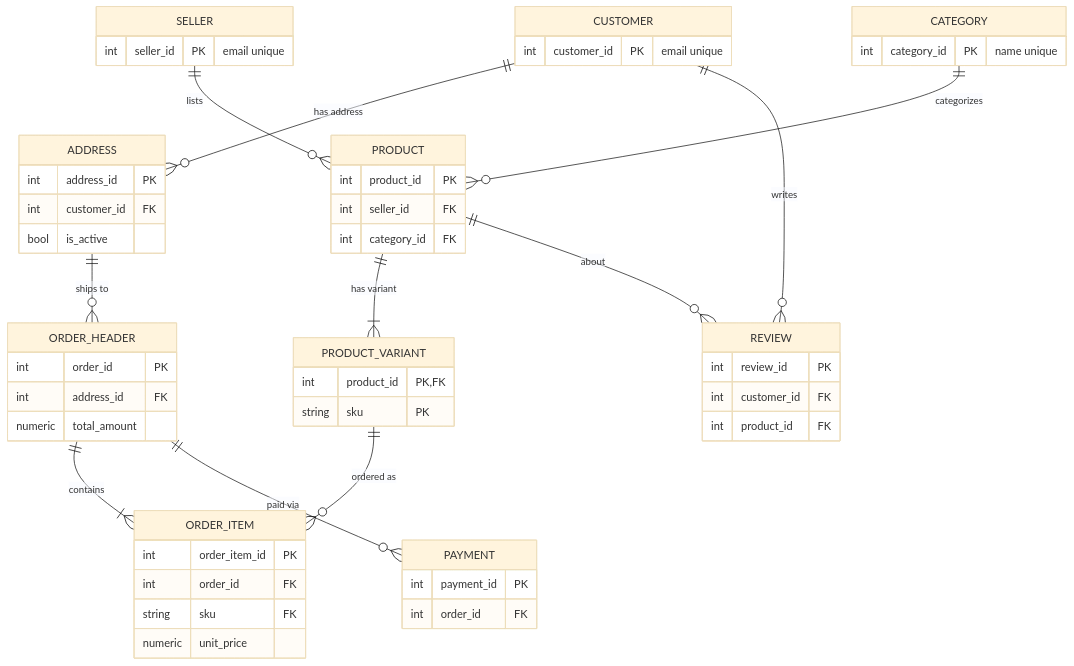
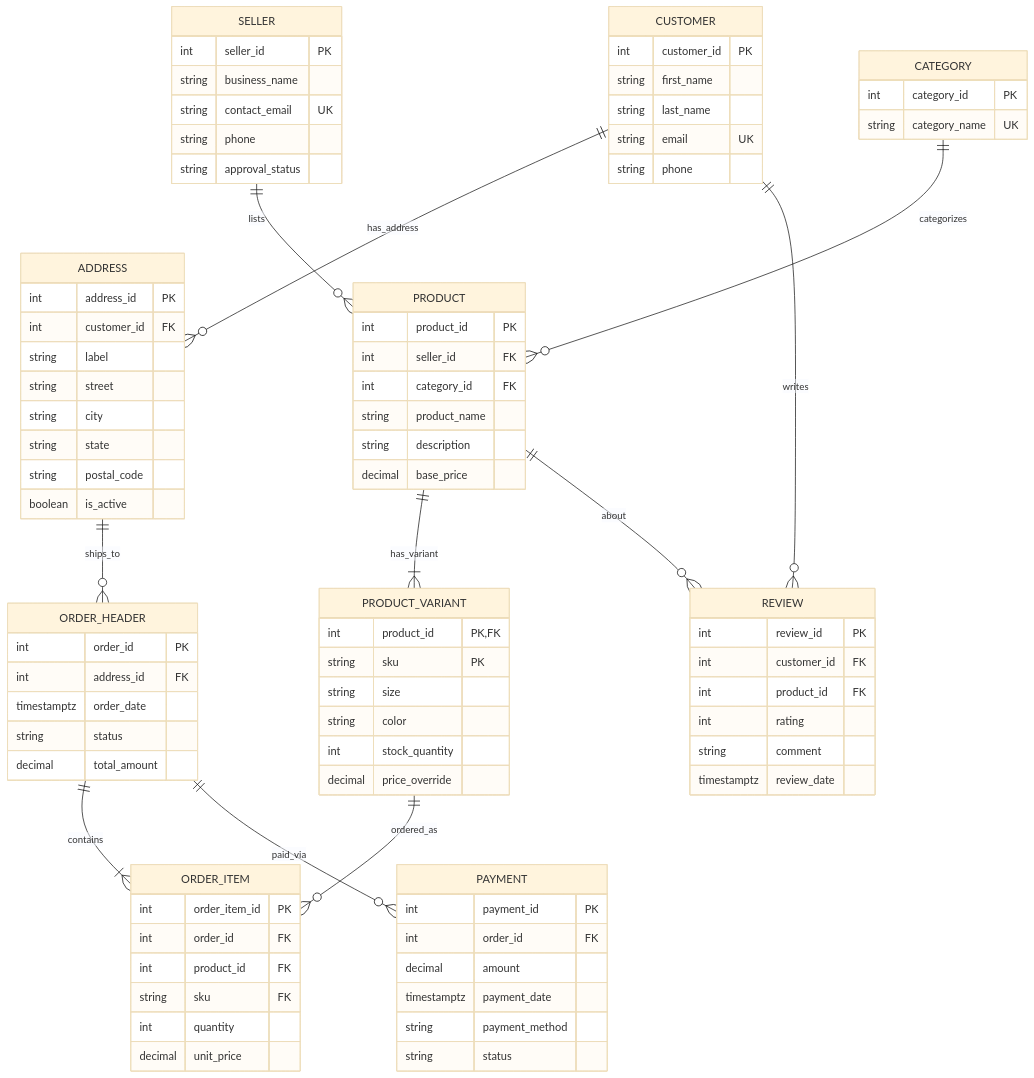
The diagram in README.md (iamwaqarjaved/cit406-marketplace-database), drawn with Mermaid (base theme) before and after one commit. The commit also changed other lines of this file and 1 other file, not shown here.

Commit message:
Add docs (ER diagram, Supabase screenshot), fix .gitignore name, update README

````diff
--- a/README.md
+++ b/README.md
@@ -55,37 +64,89 @@
 ```mermaid
 erDiagram
-    SELLER          ||--o{ PRODUCT         : lists
-    CATEGORY        ||--o{ PRODUCT         : categorizes
-    PRODUCT         ||--|{ PRODUCT_VARIANT : "has variant"
-    PRODUCT_VARIANT ||--o{ ORDER_ITEM      : "ordered as"
-    ORDER_HEADER    ||--|{ ORDER_ITEM      : contains
-    ORDER_HEADER    ||--o{ PAYMENT         : "paid via"
-    ADDRESS         ||--o{ ORDER_HEADER    : "ships to"
-    CUSTOMER        ||--o{ ADDRESS         : "has address"
-    CUSTOMER        ||--o{ REVIEW          : writes
-    PRODUCT         ||--o{ REVIEW          : about
+    SELLER ||--o{ PRODUCT : lists
+    CATEGORY ||--o{ PRODUCT : categorizes
+    PRODUCT ||--|{ PRODUCT_VARIANT : has_variant
+    PRODUCT_VARIANT ||--o{ ORDER_ITEM : ordered_as
+    ORDER_HEADER ||--|{ ORDER_ITEM : contains
+    ORDER_HEADER ||--o{ PAYMENT : paid_via
+    ADDRESS ||--o{ ORDER_HEADER : ships_to
+    CUSTOMER ||--o{ ADDRESS : has_address
+    CUSTOMER ||--o{ REVIEW : writes
+    PRODUCT ||--o{ REVIEW : about
 
-    CATEGORY        { int category_id PK "name unique" }
-    SELLER          { int seller_id PK "email unique" }
-    CUSTOMER        { int customer_id PK "email unique" }
-    ADDRESS         { int address_id PK
-                      int customer_id FK
-                      bool is_active }
-    PRODUCT         { int product_id PK
-                      int seller_id FK
-                      int category_id FK }
-    PRODUCT_VARIANT { int product_id PK,FK
-                      string sku PK }
-    ORDER_HEADER    { int order_id PK
-                      int address_id FK
-                      numeric total_amount }
-    ORDER_ITEM      { int order_item_id PK
-                      int order_id FK
-                      string sku FK
-                      numeric unit_price }
-    PAYMENT         { int payment_id PK
-                      int order_id FK }
-    REVIEW          { int review_id PK
-                      int customer_id FK
-                      int product_id FK }
+    CATEGORY {
+        int category_id PK
+        string category_name UK
+    }
+    SELLER {
+        int seller_id PK
+        string business_name
+        string contact_email UK
+        string phone
+        string approval_status
+    }
+    CUSTOMER {
+        int customer_id PK
+        string first_name
+        string last_name
+        string email UK
+        string phone
+    }
+    ADDRESS {
+        int address_id PK
+        int customer_id FK
+        string label
+        string street
+        string city
+        string state
+        string postal_code
+        boolean is_active
+    }
+    PRODUCT {
+        int product_id PK
+        int seller_id FK
+        int category_id FK
+        string product_name
+        string description
+        decimal base_price
+    }
+    PRODUCT_VARIANT {
+        int product_id PK, FK
+        string sku PK
+        string size
+        string color
+        int stock_quantity
+        decimal price_override
+    }
+    ORDER_HEADER {
+        int order_id PK
+        int address_id FK
+        timestamptz order_date
+        string status
+        decimal total_amount
+    }
+    ORDER_ITEM {
+        int order_item_id PK
+        int order_id FK
+        int product_id FK
+        string sku FK
+        int quantity
+        decimal unit_price
+    }
+    PAYMENT {
+        int payment_id PK
+        int order_id FK
+        decimal amount
+        timestamptz payment_date
+        string payment_method
+        string status
+    }
+    REVIEW {
+        int review_id PK
+        int customer_id FK
+        int product_id FK
+        int rating
+        string comment
+        timestamptz review_date
+    }
 ```
````
